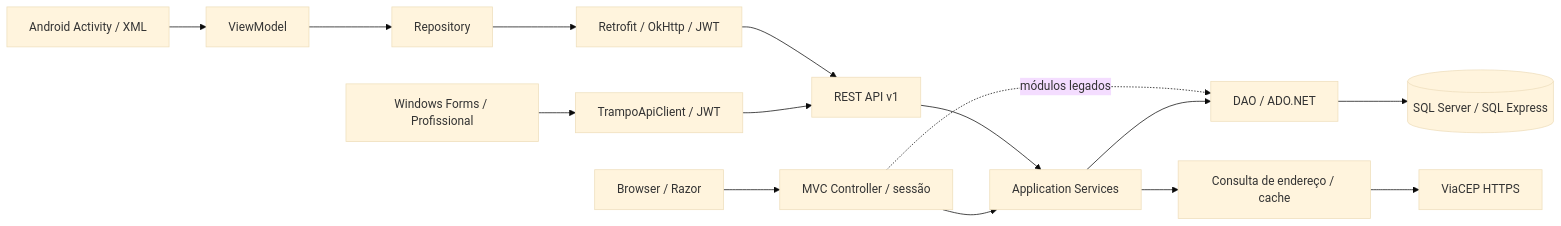
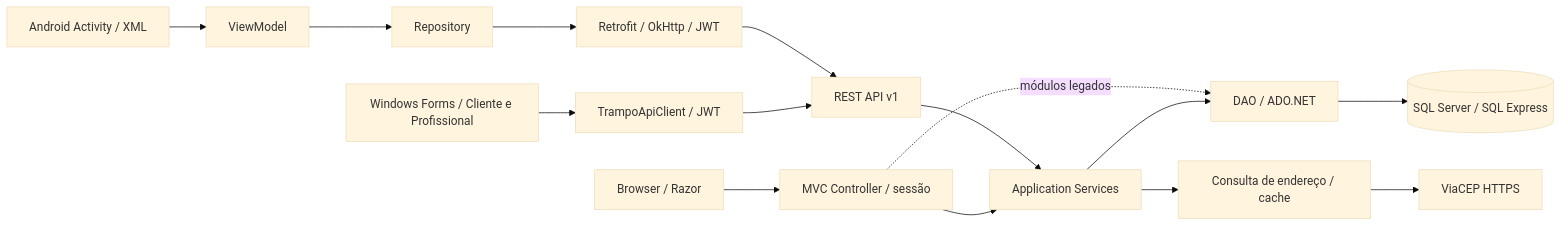
Before and after one commit to vinicimxt/Trampo: the first of 3 diagrams in docs/ARQUITETURA-FINAL.md, drawn with Mermaid (base theme). The commit also changed other lines of this file and 35 other files, not shown here.

````diff
--- a/docs/ARQUITETURA-FINAL.md
+++ b/docs/ARQUITETURA-FINAL.md
@@ -7,17 +7,17 @@
 ```mermaid
 flowchart LR
     B[Browser / Razor] --> M[MVC Controller / sessão]
     A[Android Activity / XML] --> V[ViewModel]
-    W[Windows Forms / Profissional] --> C[TrampoApiClient / JWT]
+    W[Windows Forms / Cliente e Profissional] --> C[TrampoApiClient / JWT]
     C --> API
     V --> R[Repository]
     R --> T[Retrofit / OkHttp / JWT]
     T --> API[REST API v1]
     M --> S[Application Services]
     API --> S
     S --> D[DAO / ADO.NET]
     M -. módulos legados .-> D
     D --> SQL[(SQL Server / SQL Express)]
     S --> E[Consulta de endereço / cache]
     E --> CEP[ViaCEP HTTPS]
 ```
````
